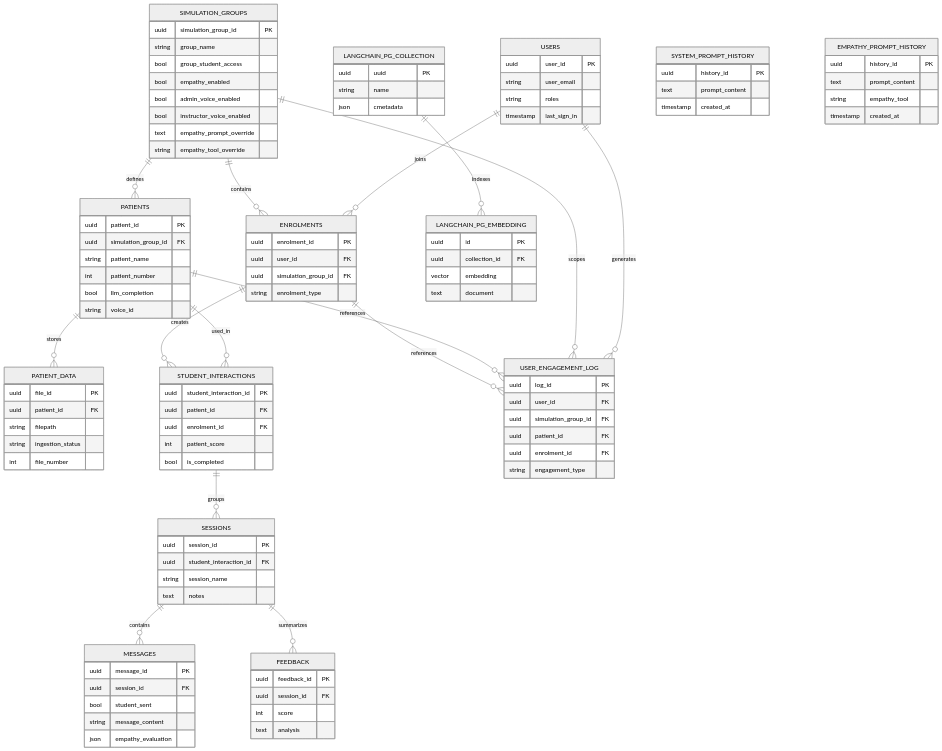
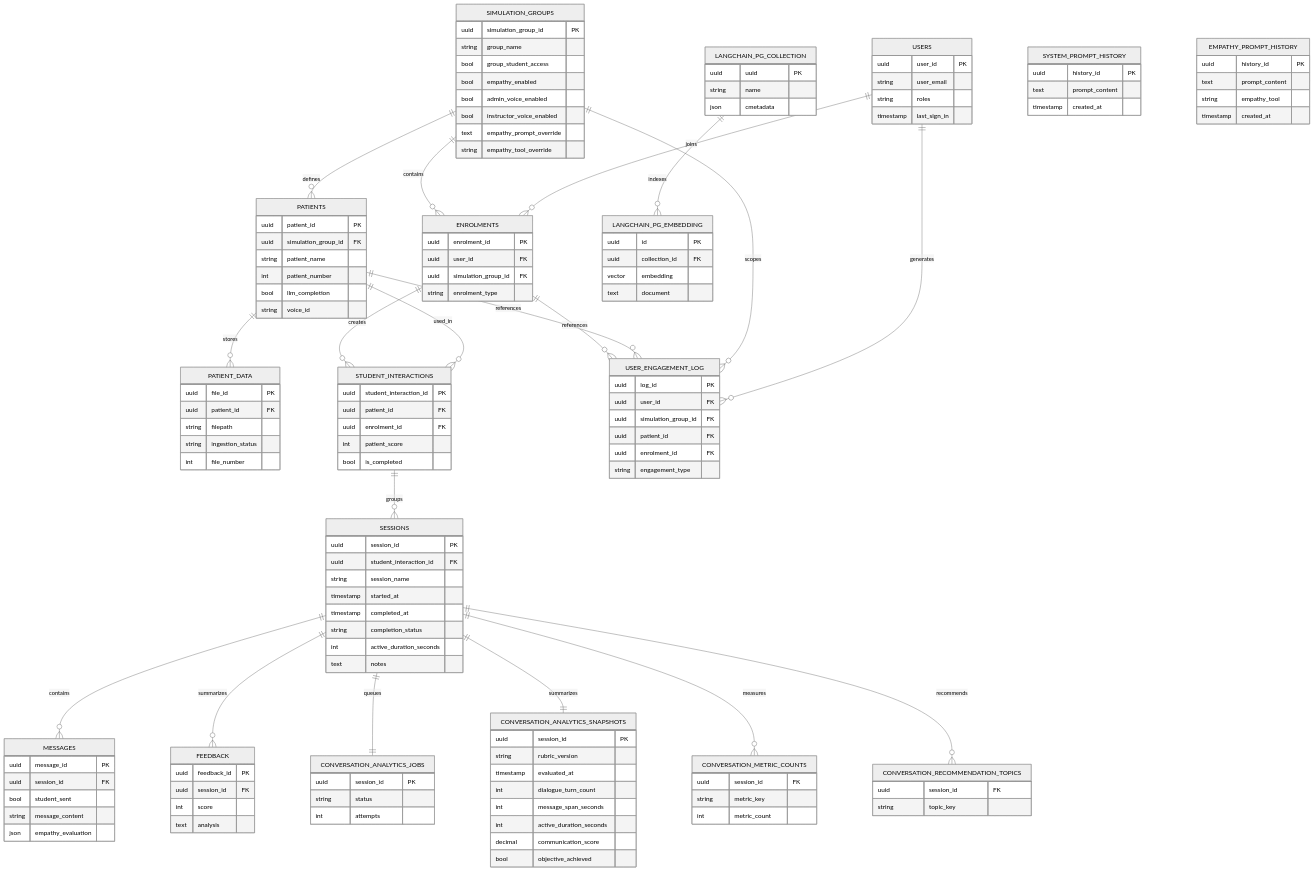
Before and after one commit to empath-com/Empathetic-Communication: the fourth of 4 diagrams in docs/architectureDeepDive.md, drawn with Mermaid (neutral theme). The commit also changed other lines of this file and 30 other files, not shown here.

```diff
--- a/docs/architectureDeepDive.md
+++ b/docs/architectureDeepDive.md
@@ -220,6 +230,10 @@
     STUDENT_INTERACTIONS ||--o{ SESSIONS : groups
     SESSIONS ||--o{ MESSAGES : contains
     SESSIONS ||--o{ FEEDBACK : summarizes
+    SESSIONS ||--|| CONVERSATION_ANALYTICS_JOBS : queues
+    SESSIONS ||--|| CONVERSATION_ANALYTICS_SNAPSHOTS : summarizes
+    SESSIONS ||--o{ CONVERSATION_METRIC_COUNTS : measures
+    SESSIONS ||--o{ CONVERSATION_RECOMMENDATION_TOPICS : recommends
     USERS ||--o{ USER_ENGAGEMENT_LOG : generates
     SIMULATION_GROUPS ||--o{ USER_ENGAGEMENT_LOG : scopes
     PATIENTS ||--o{ USER_ENGAGEMENT_LOG : references
@@ -280,6 +294,10 @@
         uuid session_id PK
         uuid student_interaction_id FK
         string session_name
+        timestamp started_at
+        timestamp completed_at
+        string completion_status
+        int active_duration_seconds
         text notes
     }
 
@@ -296,6 +314,34 @@
         uuid session_id FK
         int score
         text analysis
+    }
+
+    CONVERSATION_ANALYTICS_JOBS {
+        uuid session_id PK
+        string status
+        int attempts
+    }
+
+    CONVERSATION_ANALYTICS_SNAPSHOTS {
+        uuid session_id PK
+        string rubric_version
+        timestamp evaluated_at
+        int dialogue_turn_count
+        int message_span_seconds
+        int active_duration_seconds
+        decimal communication_score
+        bool objective_achieved
+    }
+
+    CONVERSATION_METRIC_COUNTS {
+        uuid session_id FK
+        string metric_key
+        int metric_count
+    }
+
+    CONVERSATION_RECOMMENDATION_TOPICS {
+        uuid session_id FK
+        string topic_key
     }
 
     USER_ENGAGEMENT_LOG {
```
